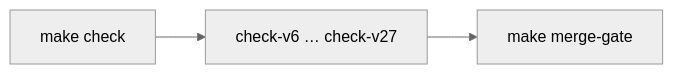
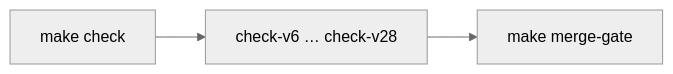
One commit to spektre-labs/creation-os changed the second of 6 diagrams in README.md. Above: the diagram before and after it, drawn with Mermaid. The commit also changed other lines of this file and 25 other files, not shown here.

````diff
--- a/README.md
+++ b/README.md
@@ -95,6 +95,6 @@
 ```mermaid
 %%{init: {'theme':'neutral'}}%%
 flowchart LR
-  C["make check"] --> M["check-v6 … check-v27"]
+  C["make check"] --> M["check-v6 … check-v28"]
   M --> G["make merge-gate"]
 ```
````
